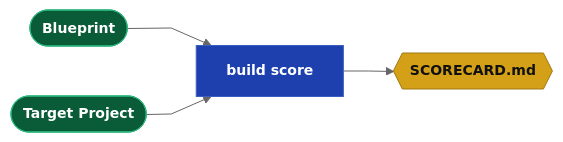
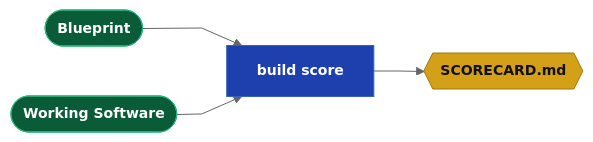
Before and after one commit to webcloudstudio/webcloudstudio: the fifth of 8 diagrams in public/project-docs/drydock/Drydock_Specification.md, drawn with Mermaid. The commit also changed other lines of this file and 20 other files, not shown here.

````diff
--- a/public/project-docs/drydock/Drydock_Specification.md
+++ b/public/project-docs/drydock/Drydock_Specification.md
@@ -387,14 +430,14 @@
 ```mermaid
 %%{init: {'theme': 'neutral', 'flowchart': {'curve': 'linear'}, 'themeVariables': {'fontSize': '14px'}}}%%
 flowchart LR
   classDef dir    fill:#0a5c38,stroke:#2cb67d,color:#fff,font-weight:bold
   classDef md     fill:#d4a017,stroke:#a07810,color:#111,font-weight:bold
   classDef script fill:#1e40af,stroke:#3b5fc0,color:#fff,font-weight:bold
   classDef prompt fill:#c2410c,stroke:#ea580c,color:#fff,font-weight:bold
   classDef output fill:#6d28d9,stroke:#8b5cf6,color:#fff,font-weight:bold
   classDef web    fill:#be123c,stroke:#fb7185,color:#fff,font-weight:bold
 
   SPEC(["Blueprint"]):::dir --> SCORE["build score"]:::script
-  TGT(["Target Project"]):::dir --> SCORE
+  TGT(["Working Software"]):::dir --> SCORE
   SCORE --> SC{{"SCORECARD.md"}}:::md
 ```
````
